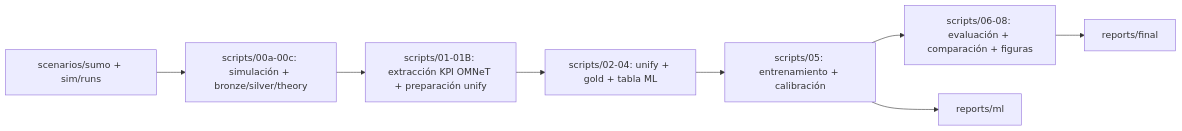
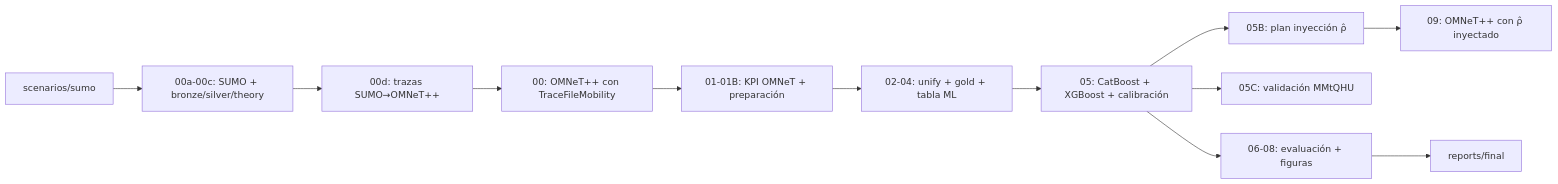
The first of 3 diagrams in README.md (josearpa123/InTAS_Gradient_Boosting), drawn with Mermaid before and after one commit. The commit also changed other lines of this file and 23 other files, not shown here.

````diff
--- a/README.md
+++ b/README.md
@@ -73,10 +76,14 @@
 ```mermaid
 flowchart LR
-    A[scenarios/sumo + sim/runs] --> B[scripts/00a-00c: simulación + bronze/silver/theory]
-    B --> C[scripts/01-01B: extracción KPI OMNeT + preparación unify]
-    C --> D[scripts/02-04: unify + gold + tabla ML]
-    D --> E[scripts/05: entrenamiento + calibración]
-    E --> F[scripts/06-08: evaluación + comparación + figuras]
-    F --> G[reports/final]
-    E --> H[reports/ml]
+    A[scenarios/sumo] --> B[00a-00c: SUMO + bronze/silver/theory]
+    B --> B2[00d: trazas SUMO→OMNeT++]
+    B2 --> C[00: OMNeT++ con TraceFileMobility]
+    C --> D[01-01B: KPI OMNeT + preparación]
+    D --> E[02-04: unify + gold + tabla ML]
+    E --> F[05: CatBoost + XGBoost + calibración]
+    F --> F2[05B: plan inyección ρ̂]
+    F --> F3[05C: validación MMtQHU]
+    F2 --> C2[09: OMNeT++ con ρ̂ inyectado]
+    F --> G[06-08: evaluación + figuras]
+    G --> H[reports/final]
 ```
````
